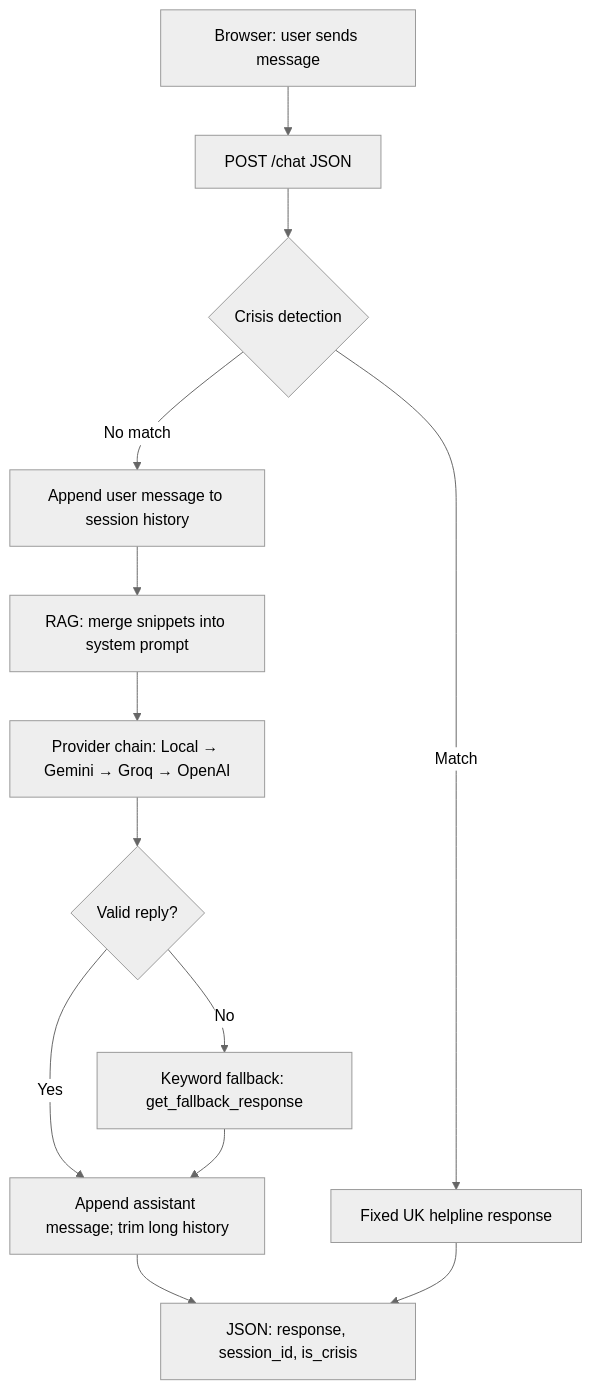
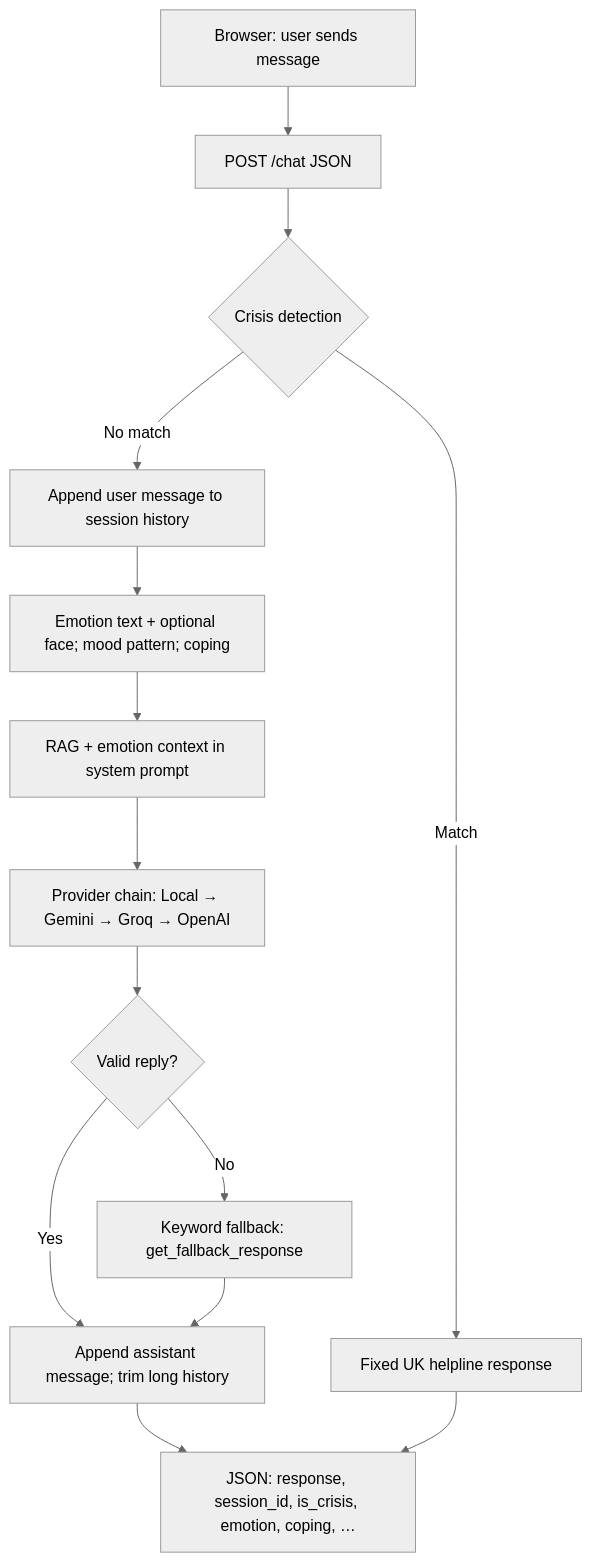
Before and after one commit to PriyankaaThakur/mental-health-chatbot89: the diagram in README.md, drawn with Mermaid (neutral theme). The commit also changed other lines of this file and 13 other files, not shown here.

First line of the commit message:
Add emotion-aware and multimodal chat, mood analytics, dashboard, and ethics docs

````diff
--- a/README.md
+++ b/README.md
@@ -33,15 +45,16 @@
 ```mermaid
 flowchart TD
   A[Browser: user sends message] --> B[POST /chat JSON]
   B --> C{Crisis detection}
   C -->|Match| D[Fixed UK helpline response]
   C -->|No match| E[Append user message to session history]
-  E --> F[RAG: merge snippets into system prompt]
+  E --> E2[Emotion text + optional face; mood pattern; coping]
+  E2 --> F[RAG + emotion context in system prompt]
   F --> G[Provider chain: Local → Gemini → Groq → OpenAI]
   G --> H{Valid reply?}
   H -->|Yes| I[Append assistant message; trim long history]
   H -->|No| J[Keyword fallback: get_fallback_response]
   J --> I
-  I --> K[JSON: response, session_id, is_crisis]
+  I --> K[JSON: response, session_id, is_crisis, emotion, coping, …]
   D --> K
 ```
````
